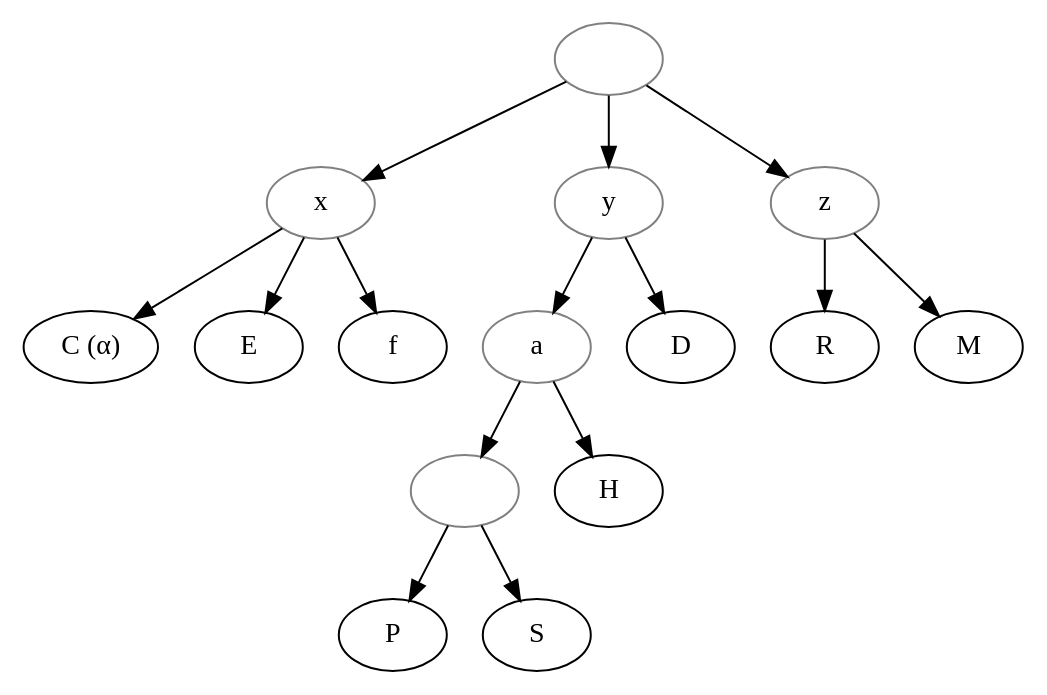
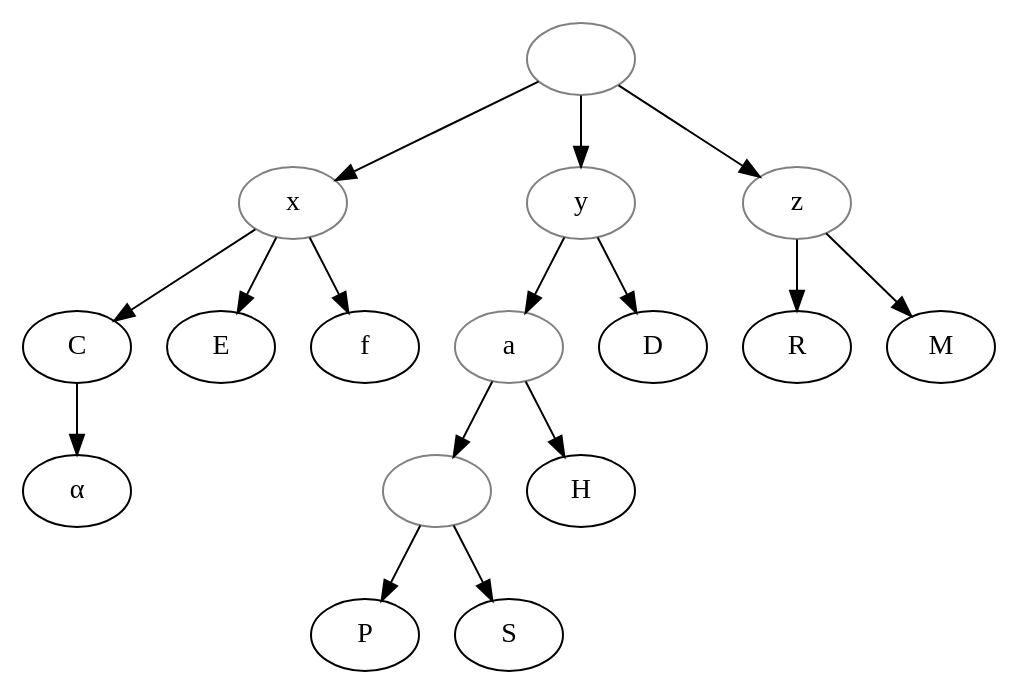
The diagram in data/pro/Stroński_1906_EliasDeBarjolsXII/stemma.gv (OpenStemmata/database), drawn with Graphviz before and after one commit. The commit also changed 15 other files, not shown here.

```diff
--- a/data/pro/Stroński_1906_EliasDeBarjolsXII/stemma.gv
+++ b/data/pro/Stroński_1906_EliasDeBarjolsXII/stemma.gv
@@ -1,23 +1,24 @@
 digraph {
 archetype [color="grey", label=" "] ;
 x [color="grey"] ;
 y [color="grey"] ;
 z [color="grey"] ;
-Calpha [label="C (α)"] ;
 a [color="grey"] ;
 PS [color="grey", label=" "] ;
+alpha[label="α"]
 archetype -> x ;
 archetype -> z ;
 archetype -> y ;
-x -> Calpha ;
+x -> C ;
+C->alpha;
 x -> E ;
 x -> f ;
 z -> R ;
 z -> M ;
 y -> D ;
 y -> a ;
 a -> H ;
 a -> PS ;
 PS -> P ;
 PS -> S ;
 }
```
